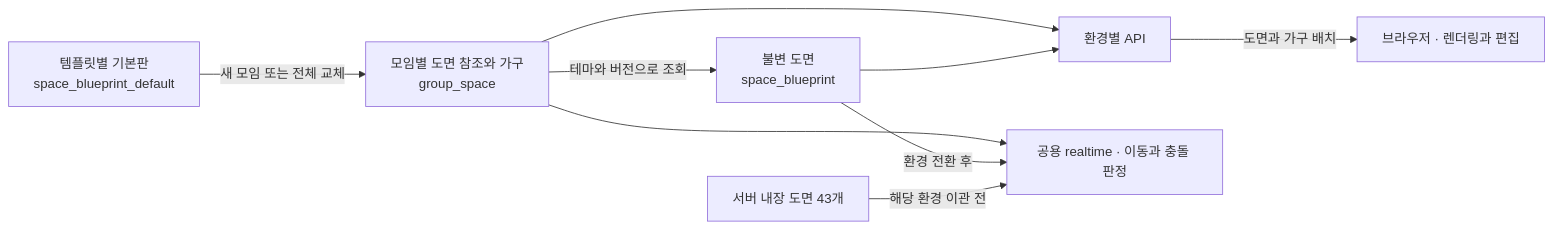
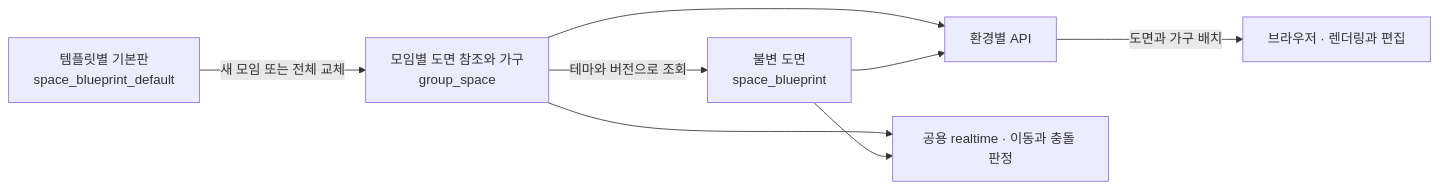
Before and after one commit to woowacourse-teams/2026-jarihana: the second of 2 diagrams in docs/clubhouse-realtime-architecture.md, drawn with Mermaid. The commit also changed other lines of this file and 21 other files, not shown here.

````diff
--- a/docs/clubhouse-realtime-architecture.md
+++ b/docs/clubhouse-realtime-architecture.md
@@ -85,11 +85,10 @@
 ```mermaid
 flowchart LR
     DEFAULT["템플릿별 기본판<br/>space_blueprint_default"] -->|새 모임 또는 전체 교체| GROUP["모임별 도면 참조와 가구<br/>group_space"]
     GROUP -->|테마와 버전으로 조회| PLAN["불변 도면<br/>space_blueprint"]
     GROUP --> API["환경별 API"]
     PLAN --> API
     API -->|도면과 가구 배치| BROWSER["브라우저 · 렌더링과 편집"]
     GROUP --> RT["공용 realtime · 이동과 충돌 판정"]
-    PLAN -->|환경 전환 후| RT
-    BUILT["서버 내장 도면 43개"] -->|해당 환경 이관 전| RT
+    PLAN --> RT
 ```
````
